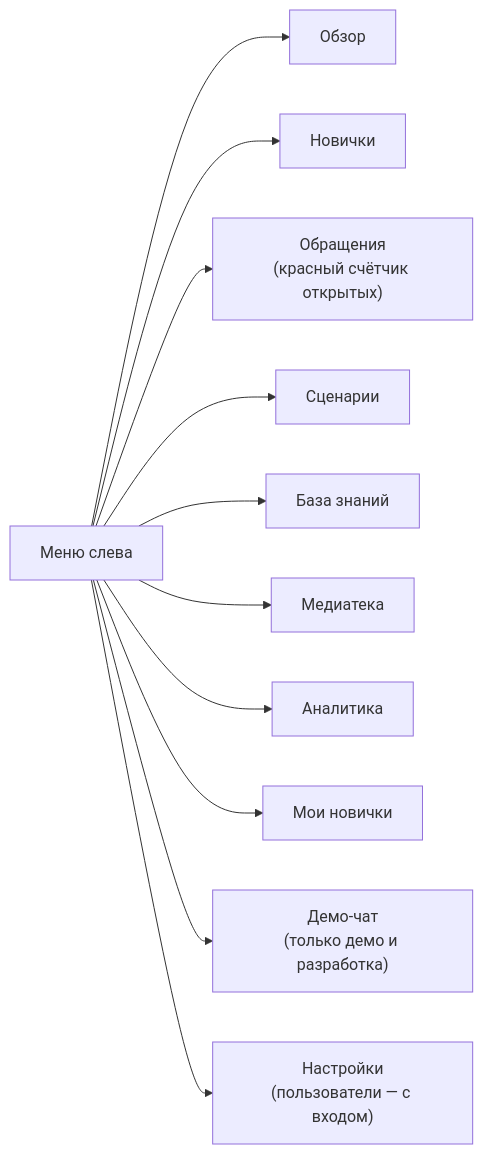
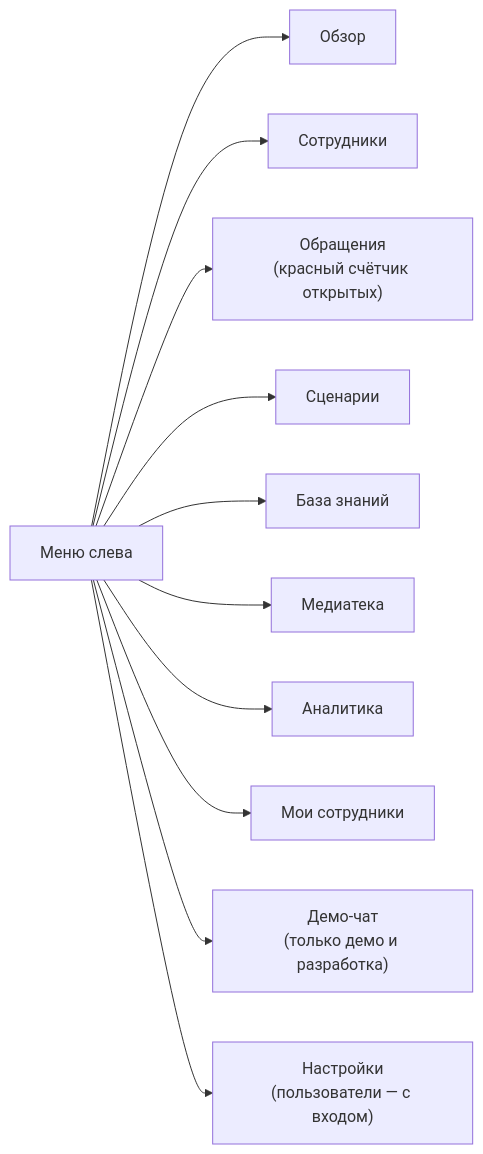
Before and after one commit to kunak-agency/polyplastic-bot: the first of 2 diagrams in agency/system/Human/06-hr-cabinet-guide.md, drawn with Mermaid. The commit also changed other lines of this file and 99 other files, not shown here.

````diff
--- a/agency/system/Human/06-hr-cabinet-guide.md
+++ b/agency/system/Human/06-hr-cabinet-guide.md
@@ -19,13 +19,13 @@
 ```mermaid
 flowchart LR
     M["Меню слева"] --> O["Обзор"]
-    M --> N["Новички"]
+    M --> N["Сотрудники"]
     M --> T["Обращения<br/>(красный счётчик открытых)"]
     M --> S["Сценарии"]
     M --> K["База знаний"]
     M --> MD["Медиатека"]
     M --> A["Аналитика"]
-    M --> MY["Мои новички"]
+    M --> MY["Мои сотрудники"]
     M --> DC["Демо-чат<br/>(только демо и разработка)"]
     M --> ST["Настройки<br/>(пользователи — с входом)"]
 ```
````
